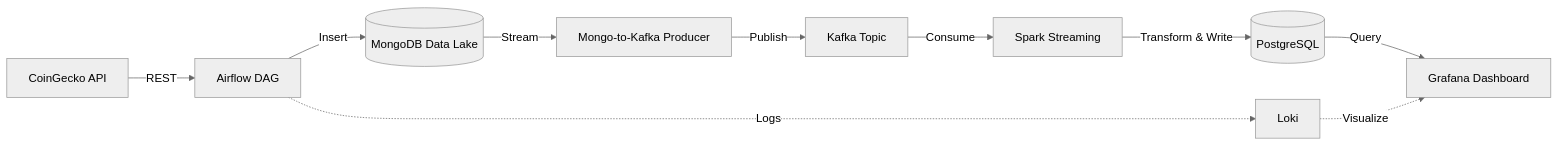
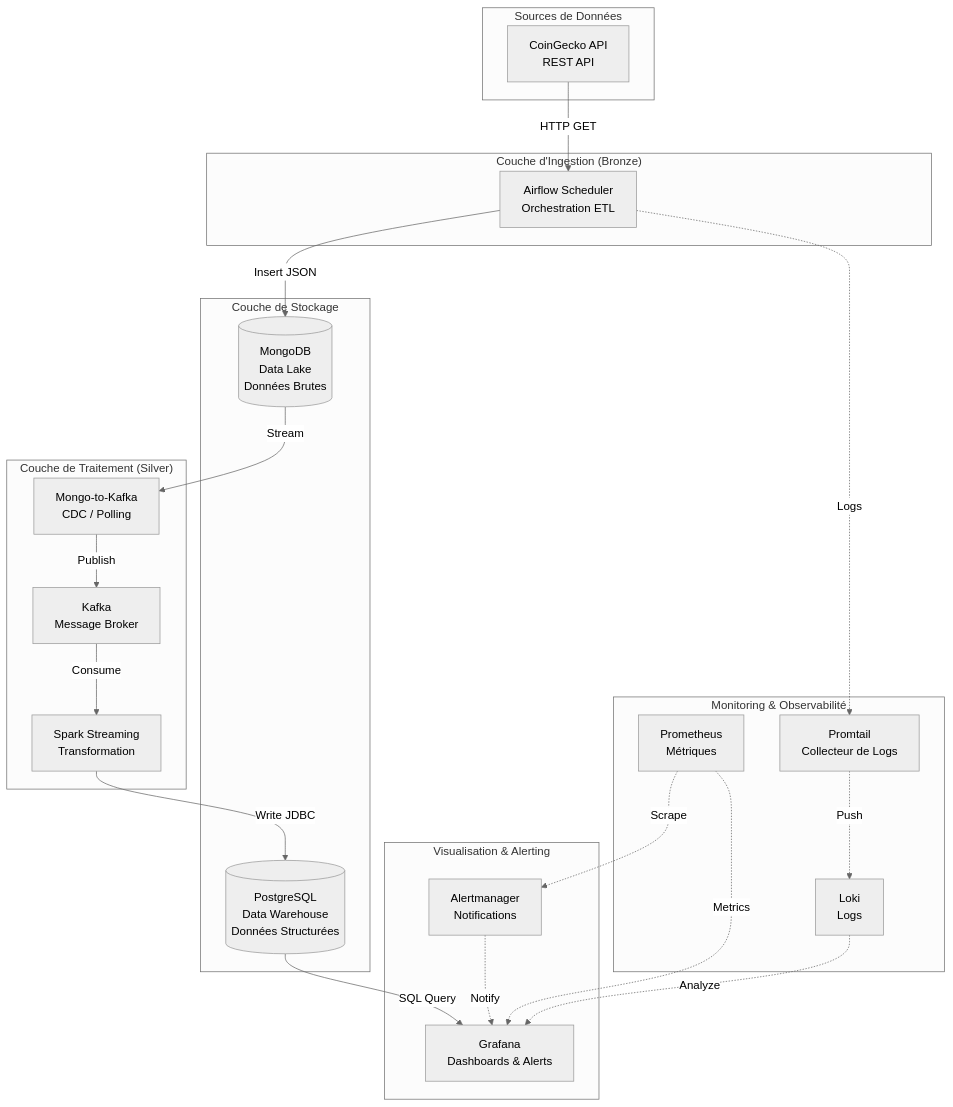
Before and after one commit to KerrianS/BigDataModelisation: the diagram in README.md, drawn with Mermaid (neutral theme). The commit also changed other lines of this file, not shown here.

````diff
--- a/README.md
+++ b/README.md
@@ -13,12 +23,46 @@
 ```mermaid
-graph LR
-    API[CoinGecko API] -->|REST| A[Airflow DAG]
-    A -->|Insert| MONGO[(MongoDB Data Lake)]
-    MONGO -->|Stream| P[Mongo-to-Kafka Producer]
-    P -->|Publish| K[Kafka Topic]
-    K -->|Consume| S[Spark Streaming]
-    S -->|Transform & Write| PG[(PostgreSQL)]
-    PG -->|Query| G[Grafana Dashboard]
-    A -.->|Logs| L[Loki]
-    L -.->|Visualize| G
+graph TB
+    subgraph "Sources de Données"
+        API[CoinGecko API<br/>REST API]
+    end
+    
+    subgraph "Couche d'Ingestion (Bronze)"
+        AIRFLOW[Airflow Scheduler<br/>Orchestration ETL]
+    end
+    
+    subgraph "Couche de Stockage"
+        MONGO[(MongoDB<br/>Data Lake<br/>Données Brutes)]
+        POSTGRES[(PostgreSQL<br/>Data Warehouse<br/>Données Structurées)]
+    end
+    
+    subgraph "Couche de Traitement (Silver)"
+        KAFKA[Kafka<br/>Message Broker]
+        SPARK[Spark Streaming<br/>Transformation]
+        PRODUCER[Mongo-to-Kafka<br/>CDC / Polling]
+    end
+    
+    subgraph "Visualisation & Alerting"
+        GRAFANA[Grafana<br/>Dashboards & Alerts]
+        ALERTMAN[Alertmanager<br/>Notifications]
+    end
+    
+    subgraph "Monitoring & Observabilité"
+        PROM[Prometheus<br/>Métriques]
+        LOKI[Loki<br/>Logs]
+        PROMTAIL[Promtail<br/>Collecteur de Logs]
+    end
+    
+    API -->|HTTP GET| AIRFLOW
+    AIRFLOW -->|Insert JSON| MONGO
+    MONGO -->|Stream| PRODUCER
+    PRODUCER -->|Publish| KAFKA
+    KAFKA -->|Consume| SPARK
+    SPARK -->|Write JDBC| POSTGRES
+    POSTGRES -->|SQL Query| GRAFANA
+    PROM -.->|Scrape| ALERTMAN
+    ALERTMAN -.->|Notify| GRAFANA
+    AIRFLOW -.->|Logs| PROMTAIL
+    PROMTAIL -.->|Push| LOKI
+    LOKI -.->|Analyze| GRAFANA
+    PROM -.->|Metrics| GRAFANA
 ```
````
